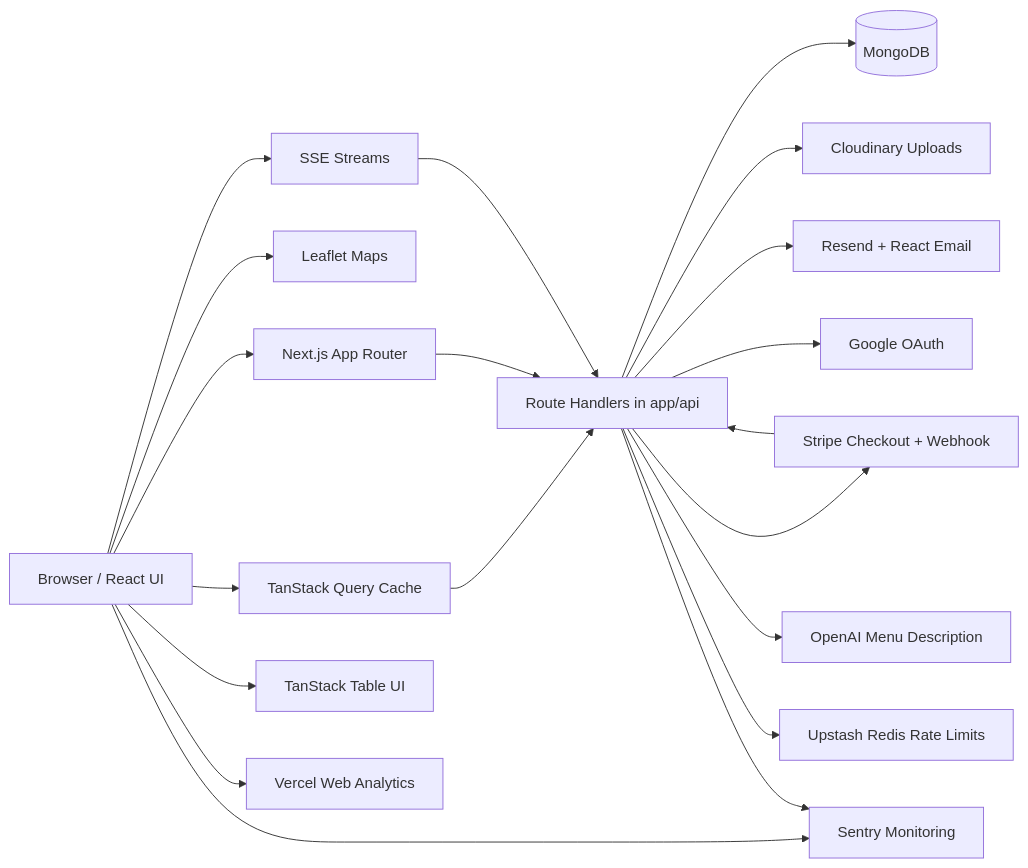
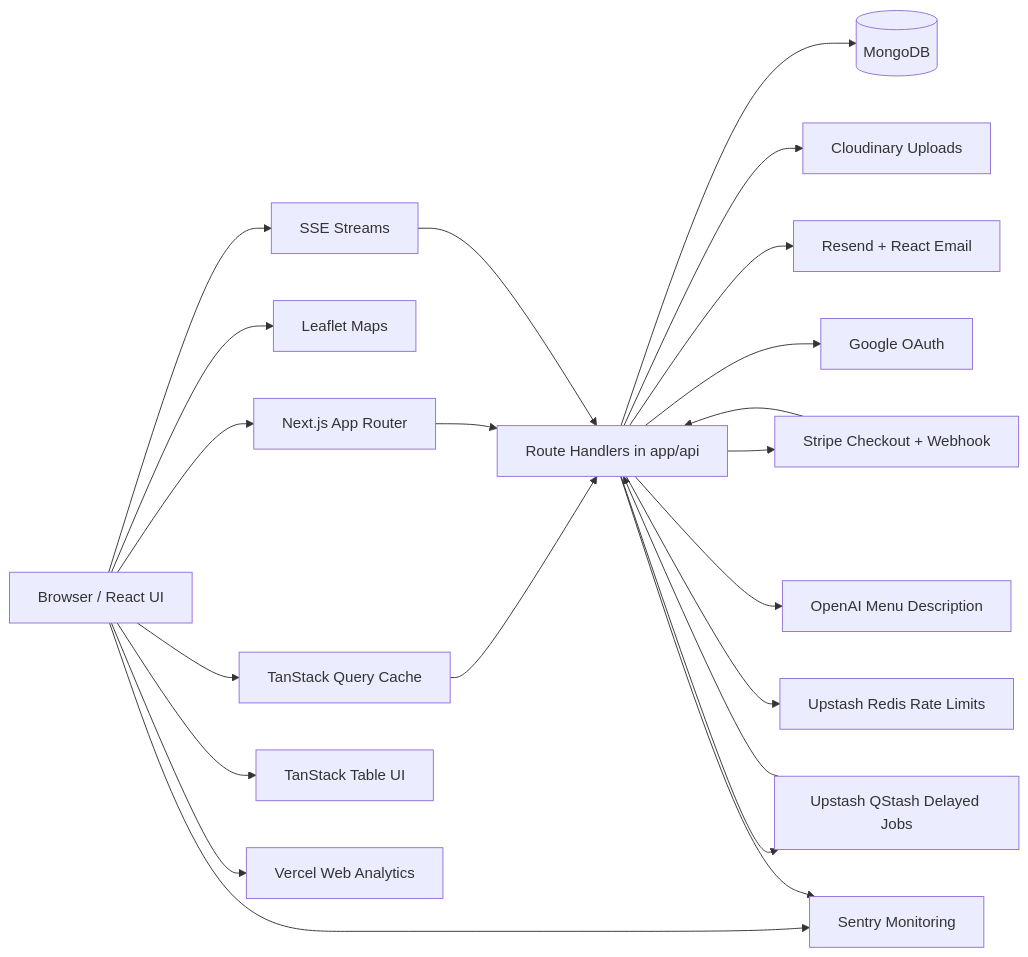
The first of 9 diagrams in ARCHITECTURE.md (kimamovic21/food-ordering-app-nextjs-cwd-yt-2023), drawn with Mermaid before and after one commit. The commit also changed other lines of this file and 25 other files, not shown here.

First line of the commit message:
Add qstash order maintenance jobs

````diff
--- a/ARCHITECTURE.md
+++ b/ARCHITECTURE.md
@@ -9,39 +9,42 @@
 ```mermaid
 flowchart LR
   Browser[Browser / React UI]
   NextApp[Next.js App Router]
   Api[Route Handlers in app/api]
   Mongo[(MongoDB)]
   Stripe[Stripe Checkout + Webhook]
   Cloudinary[Cloudinary Uploads]
   Resend[Resend + React Email]
   Google[Google OAuth]
   OpenAI[OpenAI Menu Description]
   Redis[Upstash Redis Rate Limits]
+  QStash[Upstash QStash Delayed Jobs]
   Maps[Leaflet Maps]
   SSE[SSE Streams]
   Query[TanStack Query Cache]
   Tables[TanStack Table UI]
   Sentry[Sentry Monitoring]
   Analytics[Vercel Web Analytics]
 
   Browser --> NextApp
   Browser --> Query
   Browser --> Tables
   Query --> Api
   NextApp --> Api
   Api --> Mongo
   Api --> Stripe
   Api --> Cloudinary
   Api --> Resend
   Api --> Google
   Api --> OpenAI
   Api --> Redis
+  Api --> QStash
+  QStash --> Api
   Browser --> Maps
   Browser --> SSE
   SSE --> Api
   Browser --> Sentry
   Browser --> Analytics
   Api --> Sentry
   Stripe --> Api
 ```
````
